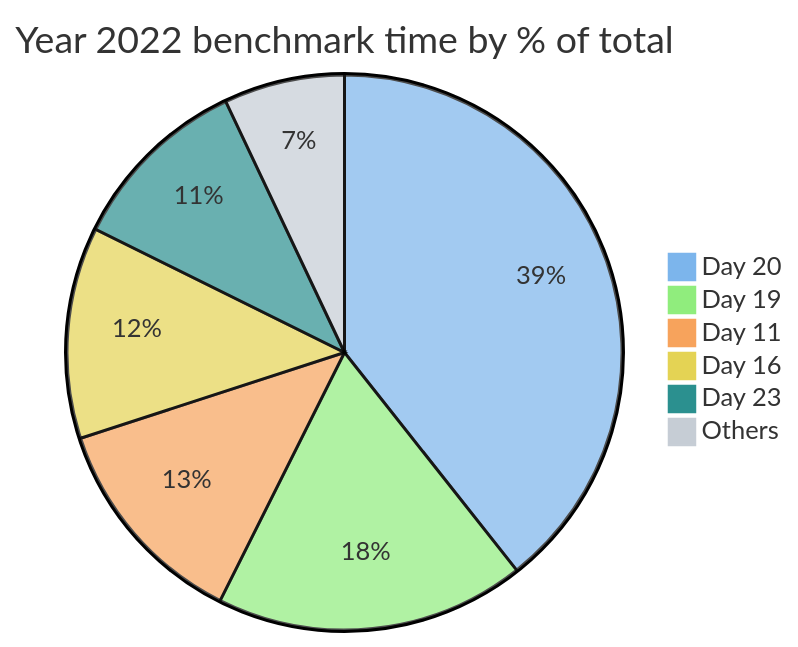
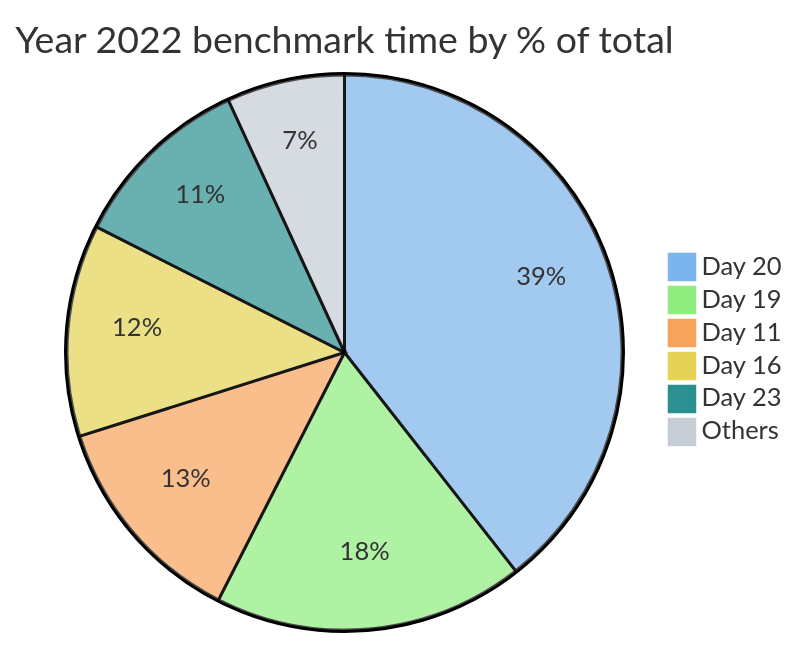
Before and after one commit to maneatingape/advent-of-code-rust: the second of 4 diagrams in README.md, drawn with Mermaid. The commit also changed other lines of this file and 1 other file, not shown here.

Commit message:
Small speedup

````diff
--- a/README.md
+++ b/README.md
@@ -61,11 +61,11 @@
 ```mermaid
 %%{init: {'theme': 'base', 'themeVariables': { 'pie1': '#7cb5ec', 'pie2': '#90ed7d', 'pie3': '#f7a35c', 'pie4': '#e4d354', 'pie5': '#2b908f', 'pie6': '#c6cdd5'}}}%%
 pie
     title Year 2022 benchmark time by % of total
     "Day 20" : 7449
     "Day 19" : 3416
     "Day 11" : 2386
     "Day 16" : 2331
     "Day 23" : 2017
-    "Others" : 1331
+    "Others" : 1297
 ```
````
